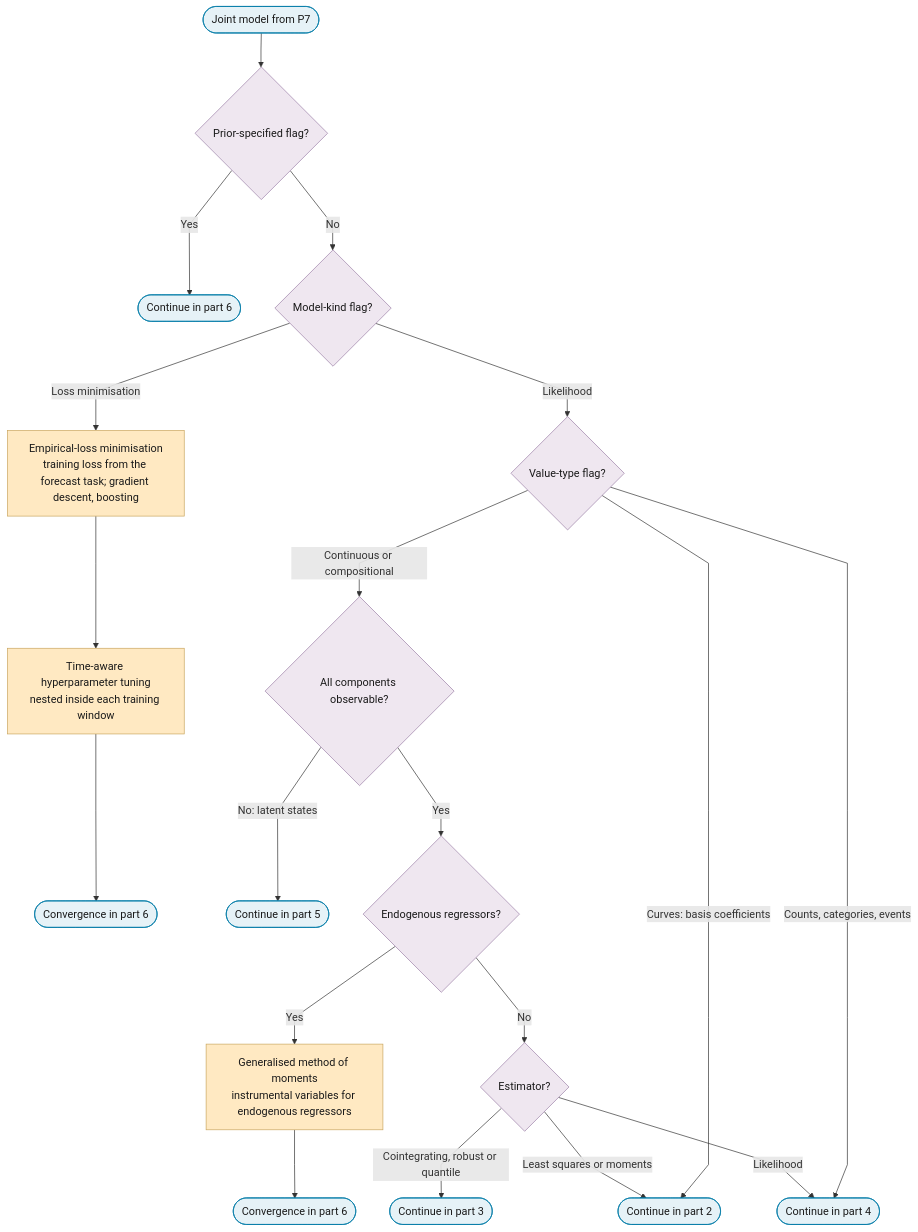
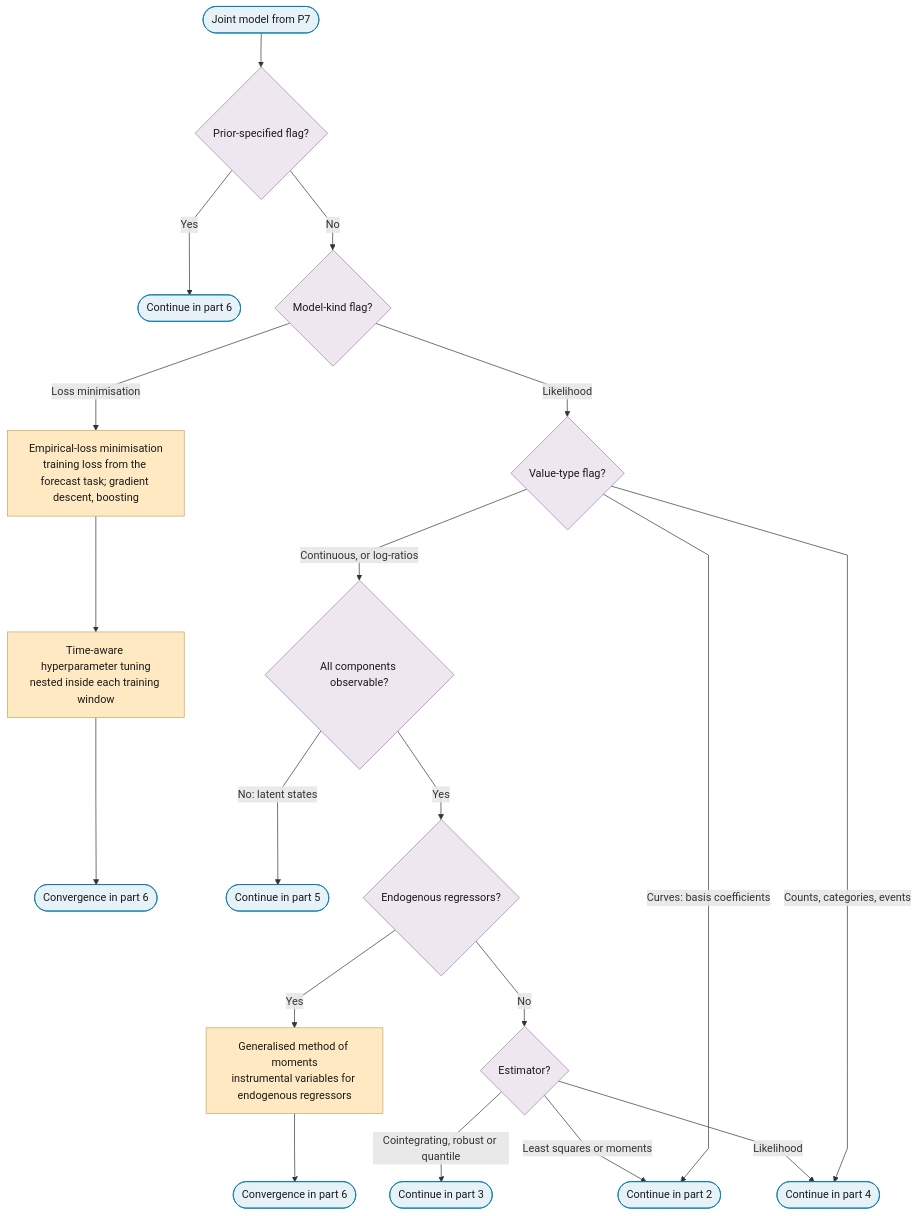
Before and after one commit to Shuxin-Y/time-series-analysis-manual: the first of 6 diagrams in docs/01-workflow/p08-estimation.md, drawn with Mermaid. The commit also changed 12 other files, not shown here.

````diff
--- a/docs/01-workflow/p08-estimation.md
+++ b/docs/01-workflow/p08-estimation.md
@@ -11,33 +11,33 @@
 ```mermaid
 %%{init: {"flowchart": {"curve": "linear"}}}%%
 graph TD
     P8_IN(["Joint model from P7"]) --> P8_PRIOR_Q{"Prior-specified flag?"}
     P8_PRIOR_Q -->|"Yes"| P8_TO_PART_6(["Continue in part 6"])
     P8_PRIOR_Q -->|"No"| P8_KIND_Q{"Model-kind flag?"}
     P8_KIND_Q -->|"Loss minimisation"| P8_EMPIRICAL_LOSS["Empirical-loss minimisation<br/>training loss from the forecast task; gradient descent, boosting"]
     P8_KIND_Q -->|"Likelihood"| P8_TYPE{"Value-type flag?"}
-    P8_TYPE -->|"Continuous or compositional"| P8_OBSERVABLE{"All components observable?"}
+    P8_TYPE -->|"Continuous, or log-ratios"| P8_OBSERVABLE{"All components observable?"}
     P8_TYPE -->|"Counts, categories, events"| P8_TO_PART_4
     P8_TYPE -->|"Curves: basis coefficients"| P8_TO_PART_2
     P8_EMPIRICAL_LOSS --> P8_HYPERPARAMETERS["Time-aware hyperparameter tuning<br/>nested inside each training window"]
     P8_HYPERPARAMETERS --> P8_LOSS_TO_PART_6(["Convergence in part 6"])
     P8_OBSERVABLE -->|"No: latent states"| P8_TO_PART_5(["Continue in part 5"])
     P8_OBSERVABLE -->|"Yes"| P8_ENDOGENOUS{"Endogenous regressors?"}
     P8_ENDOGENOUS -->|"Yes"| P8_GMM["Generalised method of moments<br/>instrumental variables for endogenous regressors"]
     P8_ENDOGENOUS -->|"No"| P8_FAMILY{"Estimator?"}
     P8_GMM --> P8_GMM_TO_PART_6(["Convergence in part 6"])
     P8_FAMILY -->|"Least squares or moments"| P8_TO_PART_2(["Continue in part 2"])
     P8_FAMILY -->|"Cointegrating, robust or quantile"| P8_TO_PART_3(["Continue in part 3"])
     P8_FAMILY -->|"Likelihood"| P8_TO_PART_4(["Continue in part 4"])
     class P8_EMPIRICAL_LOSS,P8_HYPERPARAMETERS,P8_GMM escalate
     class P8_IN,P8_TO_PART_6,P8_LOSS_TO_PART_6,P8_TO_PART_5,P8_GMM_TO_PART_6,P8_TO_PART_2,P8_TO_PART_3,P8_TO_PART_4 terminator
     class P8_PRIOR_Q,P8_KIND_Q,P8_TYPE,P8_OBSERVABLE,P8_ENDOGENOUS,P8_FAMILY decision
     classDef terminator fill:#E6F2F7,stroke:#007BA7,color:#1A1A1A;
     classDef process fill:#FFFFFF,stroke:#5A6B73,color:#1A1A1A;
     classDef decision fill:#EFE7F0,stroke:#9B7FA7,color:#1A1A1A;
     classDef data fill:#FFF4E0,stroke:#C9A55E,color:#1A1A1A;
     classDef good fill:#DCEFD8,stroke:#4A7A3F,color:#1A1A1A;
     classDef escalate fill:#FFE9C2,stroke:#C9A55E,color:#1A1A1A;
     classDef problem fill:#F2D9DE,stroke:#800020,color:#1A1A1A;
     classDef ref fill:#F7F7F7,stroke:#5A6B73,color:#1A1A1A,stroke-dasharray:4 3;
 ```
````
